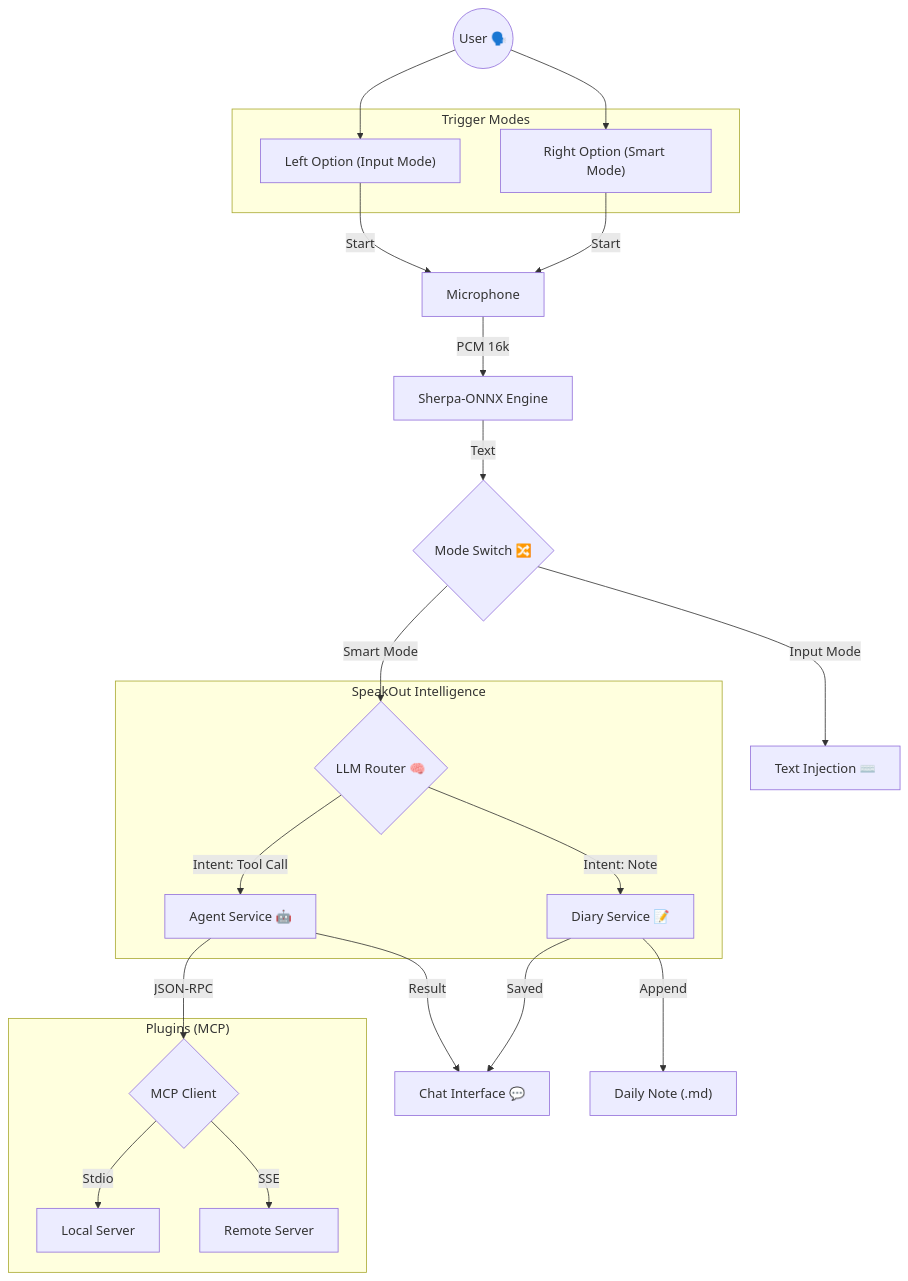
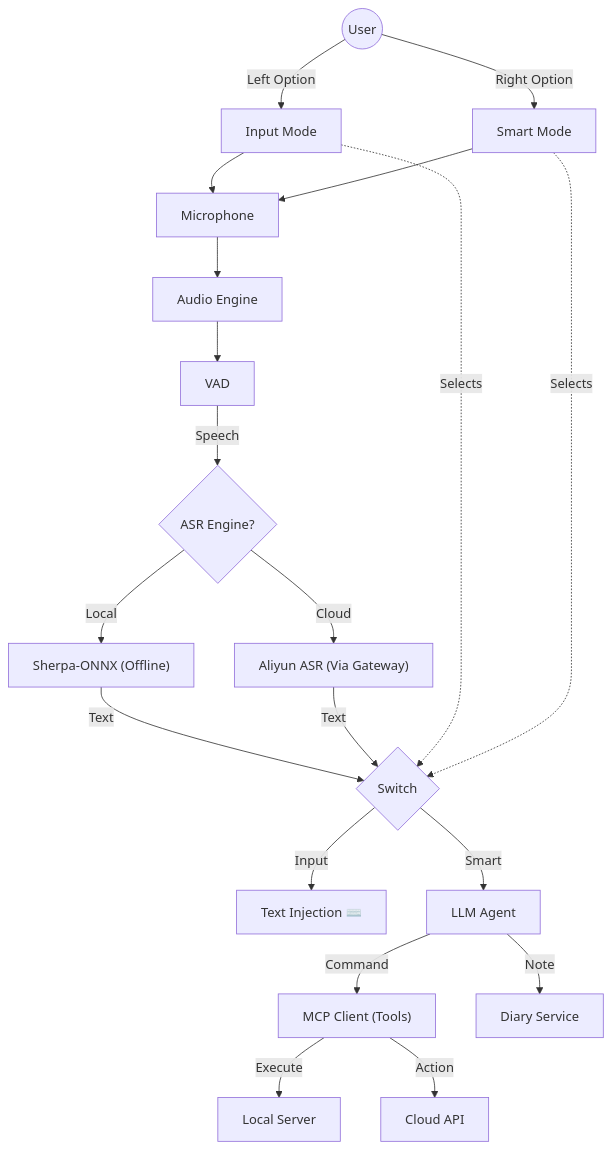
The first of 2 diagrams in README.md (4over7/SpeakOut), drawn with Mermaid before and after one commit. The commit also changed other lines of this file and 2060 other files, not shown here.

````diff
--- a/README.md
+++ b/README.md
@@ -159,38 +62,28 @@
 ```mermaid
 graph TD
-    User(("User 🗣️")) 
+    User((User))
+    User --> |Left Option| InputKey[Input Mode]
+    User --> |Right Option| SmartKey[Smart Mode]
     
-    subgraph "Trigger Modes"
-        InputKey["Left Option (Input Mode)"]
-        SmartKey["Right Option (Smart Mode)"]
-    end
-
-    User --> InputKey
-    User --> SmartKey
+    InputKey & SmartKey --> Mic[Microphone]
+    Mic --> AudioEngine[Audio Engine]
+    AudioEngine --> VAD[VAD]
+    VAD --> |Speech| ASRRouter{ASR Engine?}
     
-    InputKey -->|Start| Mic["Microphone"]
-    SmartKey -->|Start| Mic
+    ASRRouter --> |Local| LocalASR["Sherpa-ONNX (Offline)"]
+    ASRRouter --> |Cloud| CloudASR["Aliyun ASR (Via Gateway)"]
     
-    Mic -->|PCM 16k| ASR["Sherpa-ONNX Engine"]
-    ASR -->|Text| Switch{"Mode Switch 🔀"}
+    LocalASR & CloudASR --> |Text| ModeSwitch{Switch}
     
-    Switch -->|"Input Mode"| Inject["Text Injection ⌨️"]
+    InputKey -.-> |Selects| ModeSwitch
+    SmartKey -.-> |Selects| ModeSwitch
     
-    Switch -->|"Smart Mode"| Router{"LLM Router 🧠"}
+    ModeSwitch --> |Input| Inject["Text Injection ⌨️"]
+    ModeSwitch --> |Smart| LLM[LLM Agent]
     
-    subgraph "SpeakOut Intelligence"
-        Router -->|"Intent: Tool Call"| Agent["Agent Service 🤖"]
-        Router -->|"Intent: Note"| Diary["Diary Service 📝"]
-    end
+    LLM --> |Command| MCP["MCP Client (Tools)"]
+    LLM --> |Note| Diary[Diary Service]
     
-    Agent -->|Result| ChatUI["Chat Interface 💬"]
-    Diary -->|Saved| ChatUI
-    Diary -->|Append| MDFile["Daily Note (.md)"]
-    
-    Agent -->|JSON-RPC| MCP{MCP Client}
-    
-    subgraph "Plugins (MCP)"
-        MCP -->|Stdio| Local["Local Server"]
-        MCP -->|SSE| Remote["Remote Server"]
-    end
+    MCP --> |Execute| LocalServer[Local Server]
+    MCP --> |Action| CloudAPI[Cloud API]
 ```
````
